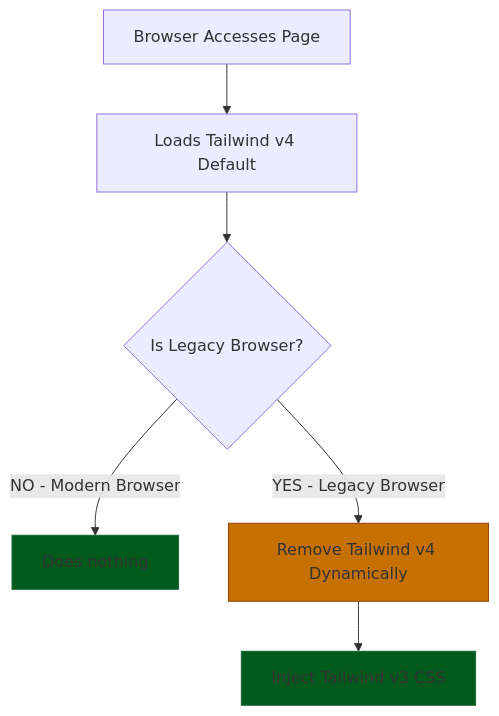
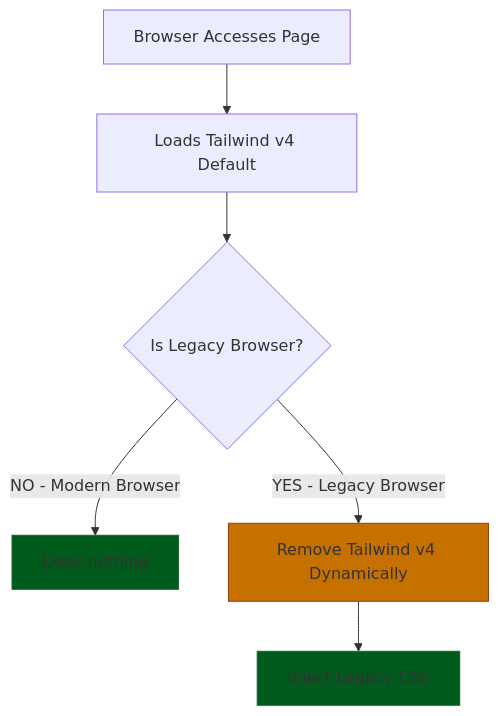
The diagram in README.md (sapiyans/vite-plugin-tailwind-legacy), drawn with Mermaid before and after one commit. The commit also changed 1 other file, not shown here.

Commit message:
Readme mermaid

````diff
--- a/README.md
+++ b/README.md
@@ -152,12 +152,12 @@
 ```mermaid
 graph TD
     A[Browser Accesses Page] --> B[Loads Tailwind v4 Default]
     B --> C{Is Legacy Browser?}
     C -->|NO - Modern Browser| D[Does nothing]
     C -->|YES - Legacy Browser| E[Remove Tailwind v4 Dynamically]
-    E --> F[Inject Tailwind v3 CSS]
+    E --> F[Inject Legacy CSS]
 
     style D fill:#005a1c,stroke:#166534
     style F fill:#005a1c,stroke:#166534
     style E fill:#c67000,stroke:#92400e
 ```
````
